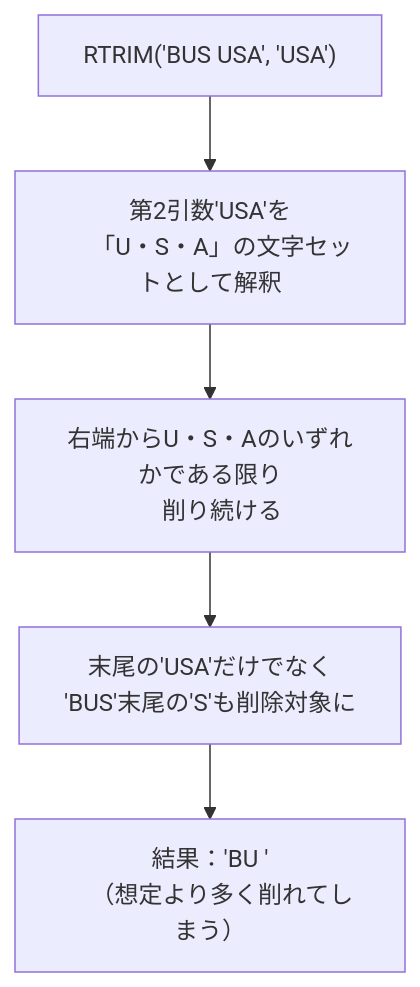
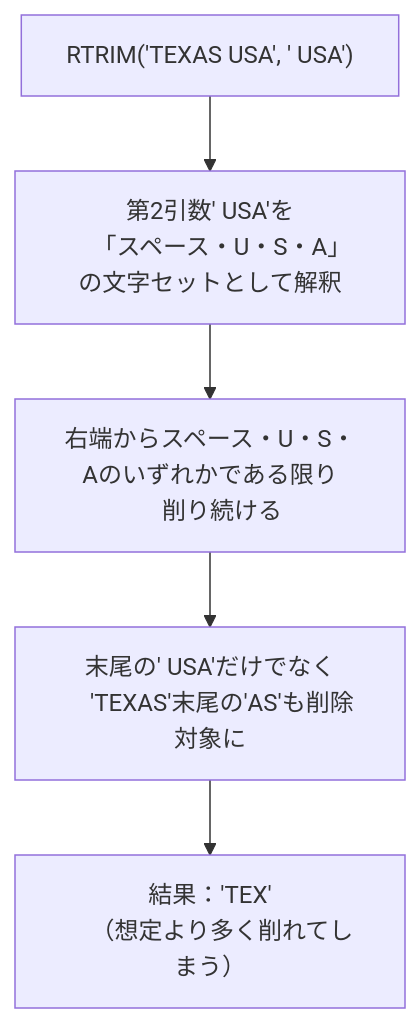
One commit to Kinopp/Zenn changed the seventh of 11 diagrams in books/95dad9a1f9513b/9ed232.md. Above: the diagram before and after it, drawn with Mermaid. The commit also changed other lines of this file and 100 other files, not shown here.

````diff
--- a/books/95dad9a1f9513b/9ed232.md
+++ b/books/95dad9a1f9513b/9ed232.md
@@ -503,11 +511,12 @@
 ```mermaid
 flowchart TD
-    A["RTRIM('BUS USA', 'USA')"] --> B["第2引数'USA'を
-    「U・S・A」の文字セットとして解釈"]
-    B --> C["右端からU・S・Aのいずれかである限り
+    A["RTRIM('TEXAS USA', ' USA')"] --> B["第2引数' USA'を
+    「スペース・U・S・A」の文字セットとして解釈"]
+    B --> C["右端からスペース・U・S・Aのいずれかである限り
     削り続ける"]
-    C --> D["末尾の'USA'だけでなく
-    'BUS'末尾の'S'も削除対象に"]
-    D --> E["結果：'BU '
+    C --> D["末尾の' USA'だけでなく
+    'TEXAS'末尾の'AS'も削除対象に"]
+    D --> E["結果：'TEX'
     （想定より多く削れてしまう）"]
+
 ```
````
